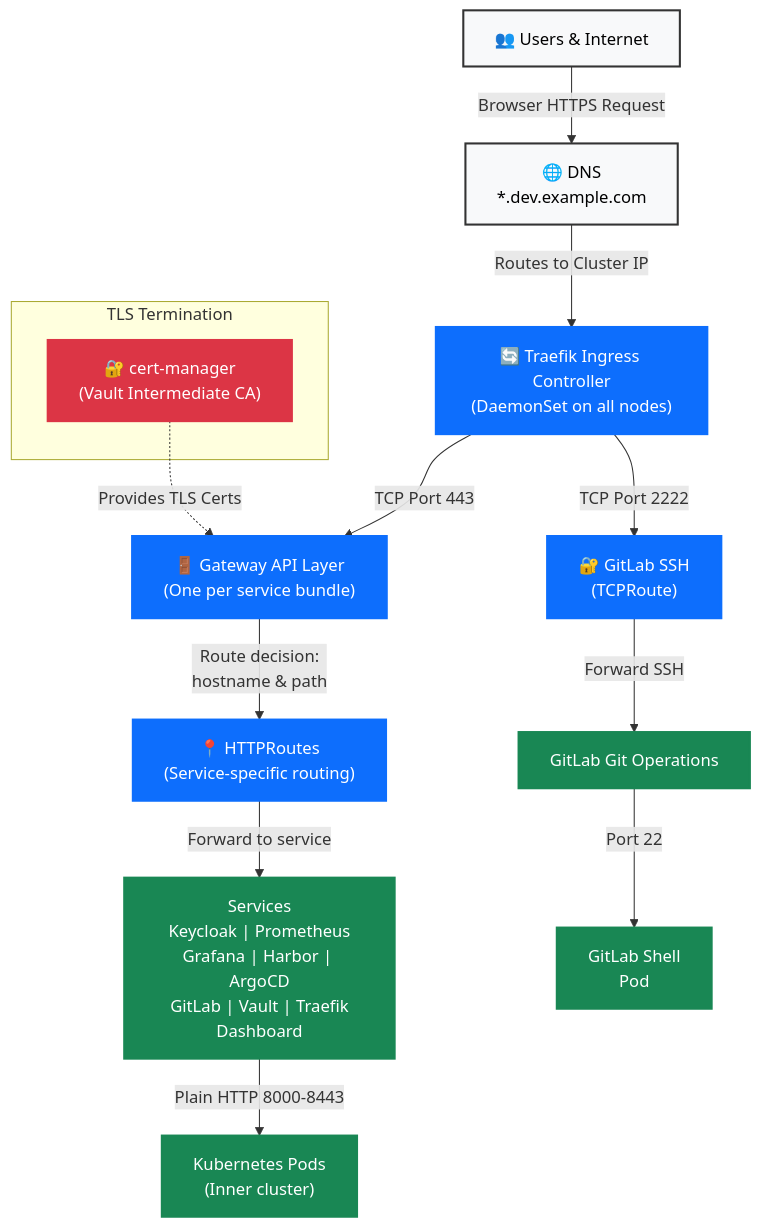
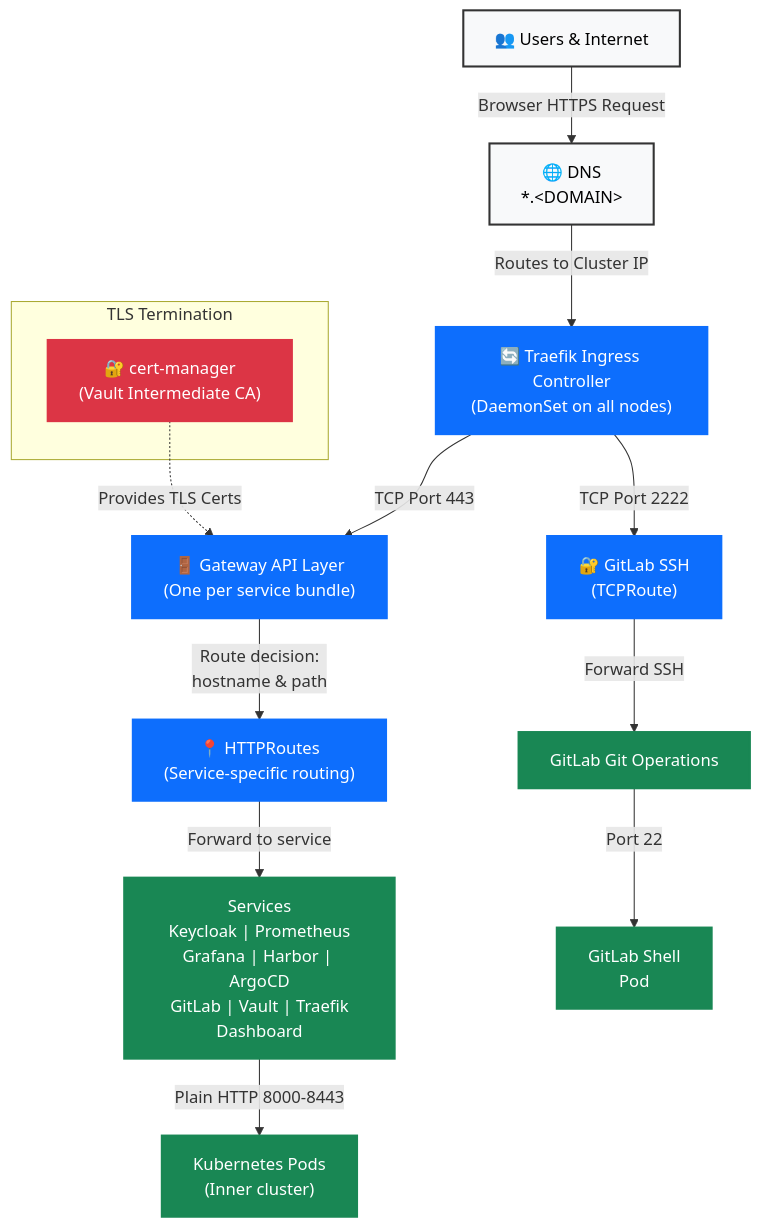
One commit to derhornspieler/harvester-rke2-svcs changed the diagram in docs/architecture/networking-ingress.md. Above: the diagram before and after it, drawn with Mermaid. The commit also changed other lines of this file and 8 other files, not shown here.

First line of the commit message:
fix: sanitize domains, rename headings, add decision tree and Splunk roadmap

````diff
--- a/docs/architecture/networking-ingress.md
+++ b/docs/architecture/networking-ingress.md
@@ -11,40 +11,40 @@
 ```mermaid
 graph TD
     Users["👥 Users &amp; Internet"]
-    DNS["🌐 DNS<br/>*.dev.example.com"]
+    DNS["🌐 DNS<br/>*.&lt;DOMAIN&gt;"]
 
     Users -->|Browser HTTPS Request| DNS
     DNS -->|Routes to Cluster IP| Traefik
 
     Traefik["🔄 Traefik Ingress Controller<br/>(DaemonSet on all nodes)"]
 
     Traefik -->|TCP Port 443| GatewayLayer["🚪 Gateway API Layer<br/>(One per service bundle)"]
 
     subgraph "TLS Termination"
         CertMgr["🔐 cert-manager<br/>(Vault Intermediate CA)"]
     end
 
     GatewayLayer -->|Route decision:<br/>hostname &amp; path| HTTPRouting["📍 HTTPRoutes<br/>(Service-specific routing)"]
 
     CertMgr -.->|Provides TLS Certs| GatewayLayer
 
     HTTPRouting -->|Forward to service| Services["Services<br/>Keycloak | Prometheus<br/>Grafana | Harbor | ArgoCD<br/>GitLab | Vault | Traefik<br/>Dashboard"]
 
     Traefik -->|TCP Port 2222| GitLabSSH["🔐 GitLab SSH<br/>(TCPRoute)"]
     GitLabSSH -->|Forward SSH| GitLabService["GitLab Git Operations"]
 
     Services -->|Plain HTTP 8000-8443| Pods["Kubernetes Pods<br/>(Inner cluster)"]
     GitLabService -->|Port 22| GitLabShell["GitLab Shell<br/>Pod"]
 
     style Users fill:#f8f9fa,color:#000,stroke:#333,stroke-width:2px
     style DNS fill:#f8f9fa,color:#000,stroke:#333,stroke-width:2px
     style Traefik fill:#0d6efd,color:#fff,stroke:#0d6efd,stroke-width:3px
     style GatewayLayer fill:#0d6efd,color:#fff,stroke:#0d6efd,stroke-width:3px
     style HTTPRouting fill:#0d6efd,color:#fff,stroke:#0d6efd,stroke-width:2px
     style GitLabSSH fill:#0d6efd,color:#fff,stroke:#0d6efd,stroke-width:3px
     style CertMgr fill:#dc3545,color:#fff,stroke:#dc3545,stroke-width:2px
     style Services fill:#198754,color:#fff,stroke:#198754,stroke-width:2px
     style GitLabService fill:#198754,color:#fff,stroke:#198754,stroke-width:2px
     style Pods fill:#198754,color:#fff,stroke:#198754,stroke-width:2px
     style GitLabShell fill:#198754,color:#fff,stroke:#198754,stroke-width:2px
 ```
````
